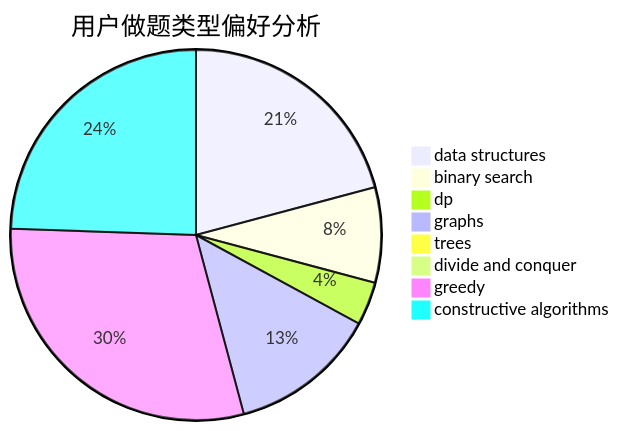
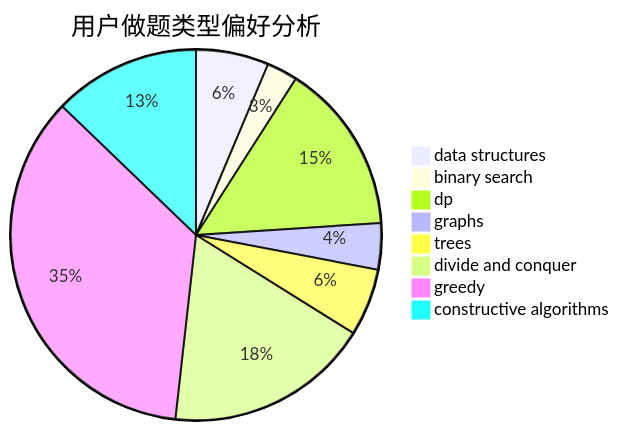
The second of 3 diagrams in docs/user/u1476.md (sherpahu/cfrs.github.io), drawn with Mermaid before and after one commit. The commit also changed other lines of this file and 2770 other files, not shown here.

````diff
--- a/docs/user/u1476.md
+++ b/docs/user/u1476.md
@@ -23,11 +23,11 @@
 ```mermaid
 pie title 用户做题类型偏好分析
-    "data structures" :  381
-    "binary search" :  152
-    "dp" :  69
-    "graphs" :  236
-    "trees" :  3
-    "divide and conquer" :  9
-    "greedy" :  543
-    "constructive algorithms" :  447
+    "data structures" :  66
+    "binary search" :  28
+    "dp" :  155
+    "graphs" :  42
+    "trees" :  61
+    "divide and conquer" :  186
+    "greedy" :  368
+    "constructive algorithms" :  133
 ```
````
